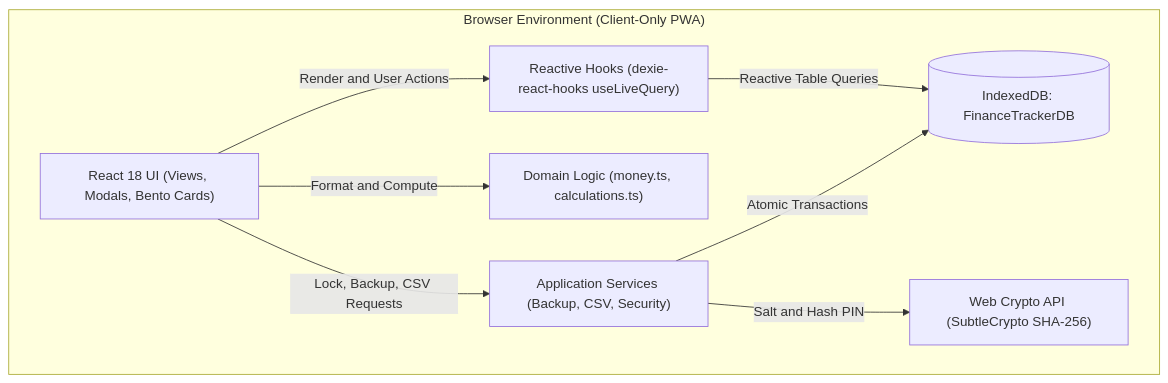
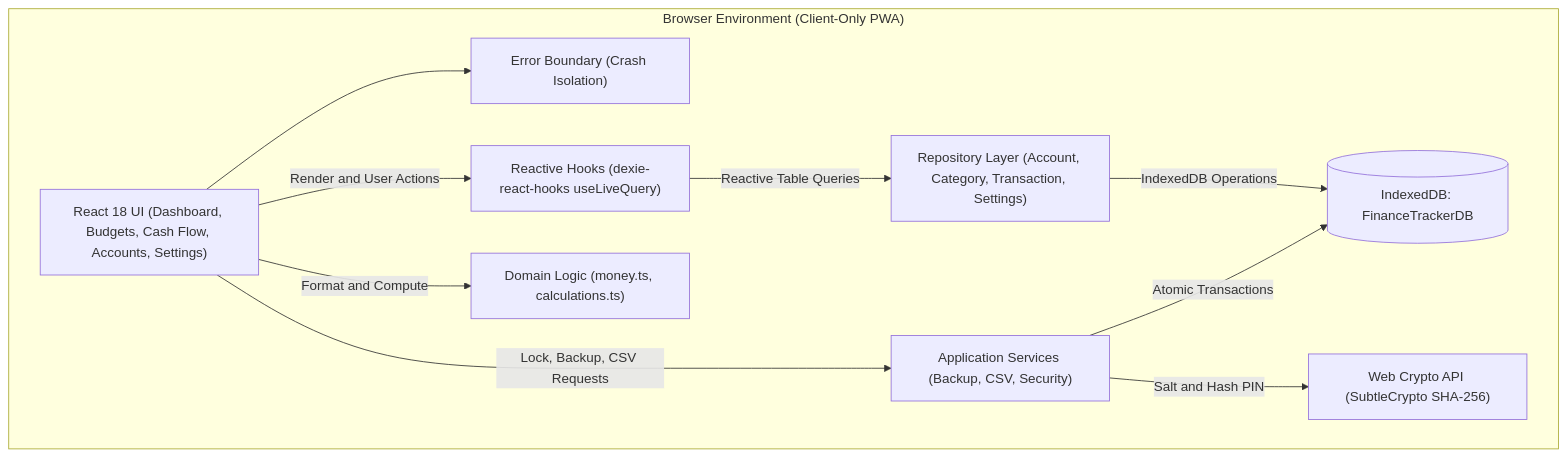
Before and after one commit to bonje-manza/balangay: the diagram in README.md, drawn with Mermaid. The commit also changed other lines of this file, not shown here.

Commit message:
docs: update README with cashflow calendar and category management

````diff
--- a/README.md
+++ b/README.md
@@ -49,18 +53,22 @@
 ```mermaid
 flowchart TD
     subgraph Client["Browser Environment (Client-Only PWA)"]
-        UI["React 18 UI (Views, Modals, Bento Cards)"]
+        UI["React 18 UI (Dashboard, Budgets, Cash Flow, Accounts, Settings)"]
+        Boundary["Error Boundary (Crash Isolation)"]
         State["Reactive Hooks (dexie-react-hooks useLiveQuery)"]
         Domain["Domain Logic (money.ts, calculations.ts)"]
         Services["Application Services (Backup, CSV, Security)"]
+        Repos["Repository Layer (Account, Category, Transaction, Settings)"]
         Store[("IndexedDB: FinanceTrackerDB")]
         Crypto["Web Crypto API (SubtleCrypto SHA-256)"]
     end
 
+    UI --> Boundary
     UI -->|Render and User Actions| State
     UI -->|Format and Compute| Domain
     UI -->|Lock, Backup, CSV Requests| Services
-    State -->|Reactive Table Queries| Store
+    State -->|Reactive Table Queries| Repos
+    Repos -->|IndexedDB Operations| Store
     Services -->|Atomic Transactions| Store
     Services -->|Salt and Hash PIN| Crypto
 ```
````
